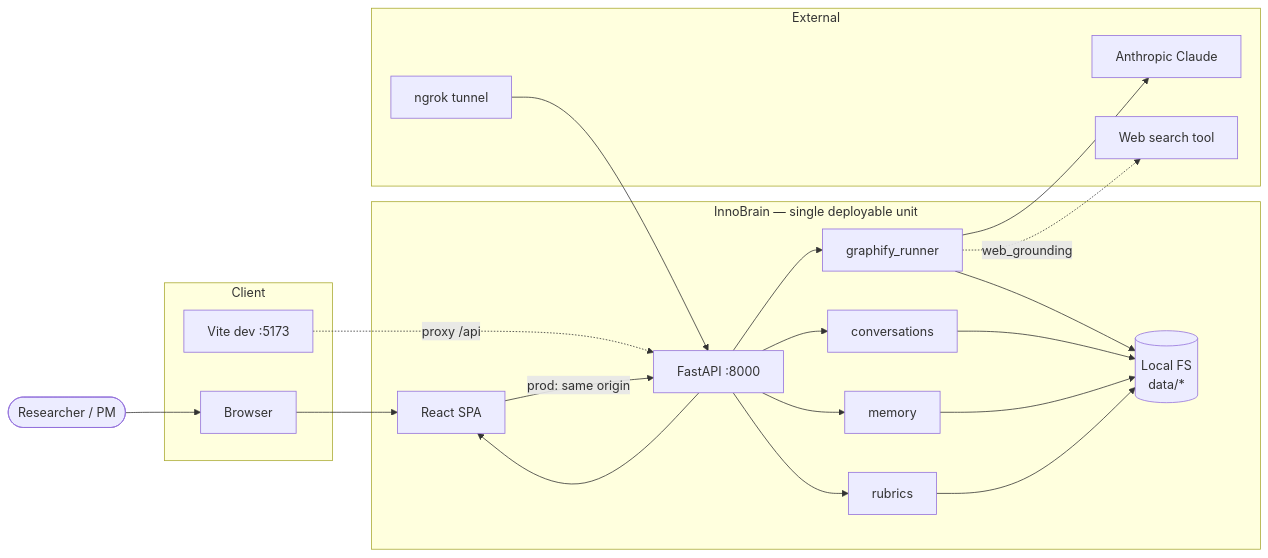
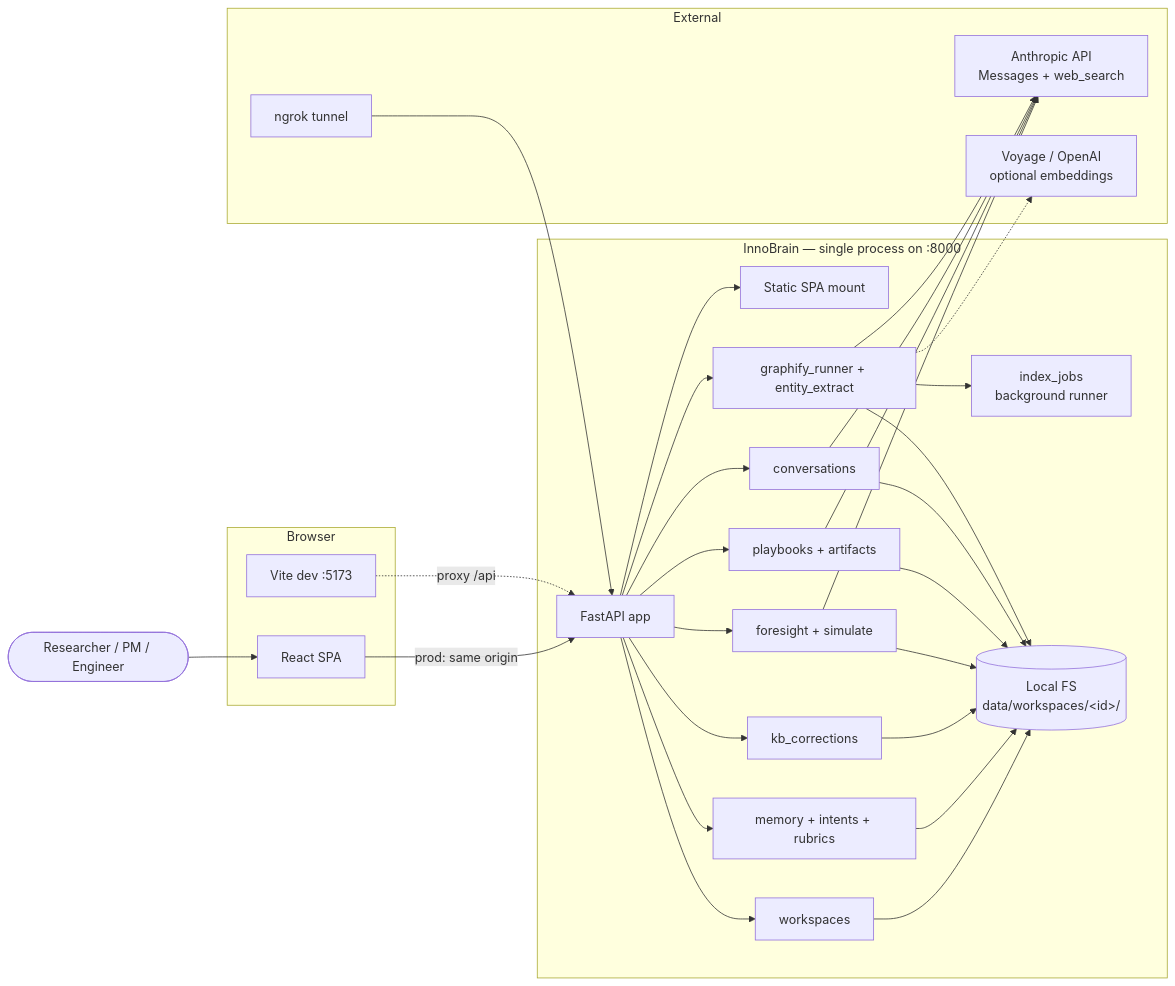
Before and after one commit to appfire-team/inno-brain: the first of 6 diagrams in ARCHITECTURE.md, drawn with Mermaid. The commit also changed other lines of this file and 3 other files, not shown here.

First line of the commit message:
docs: refresh README + ARCHITECTURE; fix stale app/ paths

````diff
--- a/ARCHITECTURE.md
+++ b/ARCHITECTURE.md
@@ -21,36 +29,40 @@
 ```mermaid
 flowchart LR
-    User([Researcher / PM])
+    User([Researcher / PM / Engineer])
 
-    subgraph client [Client]
-        Browser[Browser]
+    subgraph client [Browser]
+        SPA[React SPA]
         Vite[Vite dev :5173]
     end
 
-    subgraph innobrain [InnoBrain — single deployable unit]
-        API[FastAPI :8000]
-        SPA[React SPA]
-        Core[graphify_runner]
+    subgraph innobrain [InnoBrain — single process on :8000]
+        API[FastAPI app]
+        Static[Static SPA mount]
+        Core[graphify_runner + entity_extract]
         Conv[conversations]
-        Mem[memory]
-        Rub[rubrics]
-        Store[(Local FS<br/>data/*)]
+        PB[playbooks + artifacts]
+        FS[foresight + simulate]
+        Refine[kb_corrections]
+        Mem[memory + intents + rubrics]
+        Jobs[index_jobs<br/>background runner]
+        WS[workspaces]
+        Store[(Local FS<br/>data/workspaces/&lt;id&gt;/)]
     end
 
     subgraph external [External]
-        Claude[Anthropic Claude]
+        Claude[Anthropic API<br/>Messages + web_search]
+        Embed[Voyage / OpenAI<br/>optional embeddings]
         Ngrok[ngrok tunnel]
-        Web[Web search tool]
     end
 
-    User --> Browser
-    Browser --> SPA
+    User --> SPA
     Vite -.->|proxy /api| API
     SPA -->|prod: same origin| API
-    API --> SPA
-    API --> Core & Conv & Mem & Rub
-    Core & Conv & Mem & Rub --> Store
-    Core --> Claude
-    Core -.->|web_grounding| Web
+    API --> Static
+    API --> Core & Conv & PB & FS & Refine & Mem & WS
+    Core --> Jobs
+    Core & Conv & PB & FS & Refine & Mem & WS --> Store
+    Core & Conv & PB & FS --> Claude
+    Core -.-> Embed
     Ngrok --> API
 ```
````
